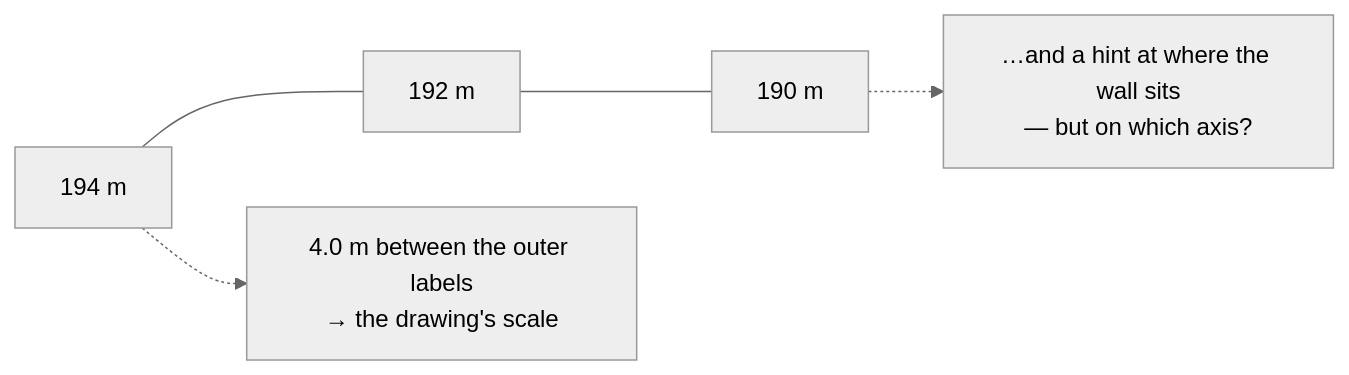
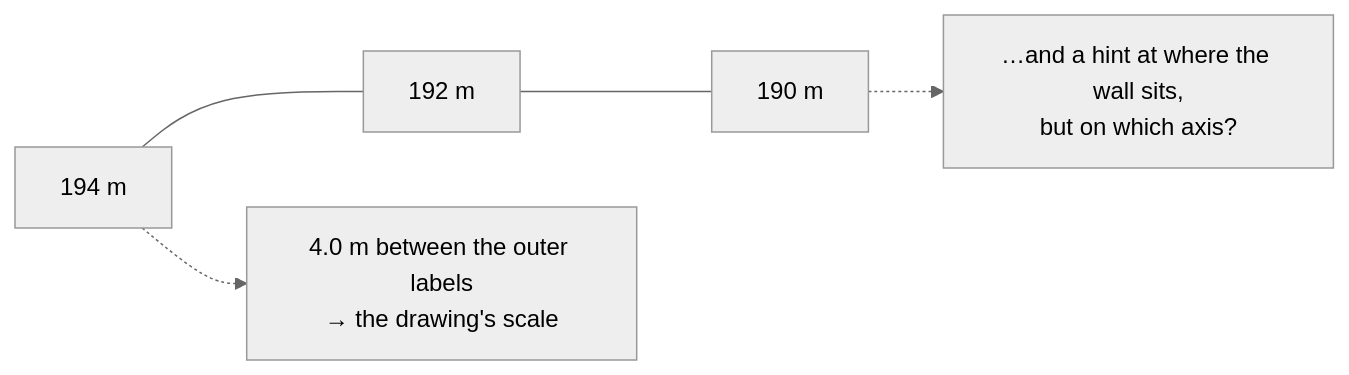
Before and after one commit to jennarbates/StratigraphyGenerator: the diagram in docs/archaeology/grid-tie-point.md, drawn with Mermaid (neutral theme). The commit also changed other lines of this file and 309 other files, not shown here.

````diff
--- a/docs/archaeology/grid-tie-point.md
+++ b/docs/archaeology/grid-tie-point.md
@@ -43,6 +43,6 @@
 ```mermaid
 flowchart LR
   T["194 m"] --- U["192 m"] --- V["190 m"]
   T -.-> S["4.0 m between the outer labels<br/>→ the drawing's scale"]
-  V -.-> R["…and a hint at where the wall sits<br/>— but on which axis?"]
+  V -.-> R["…and a hint at where the wall sits,<br/>but on which axis?"]
 ```
````
